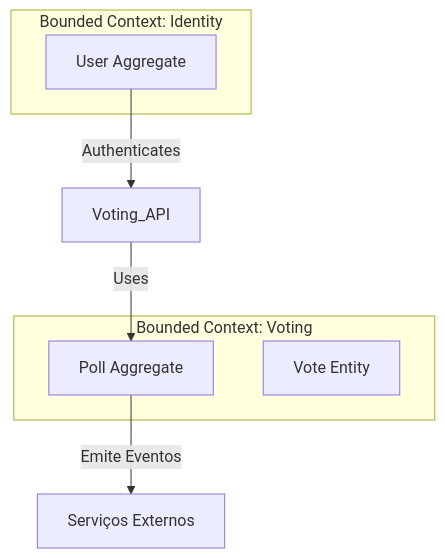
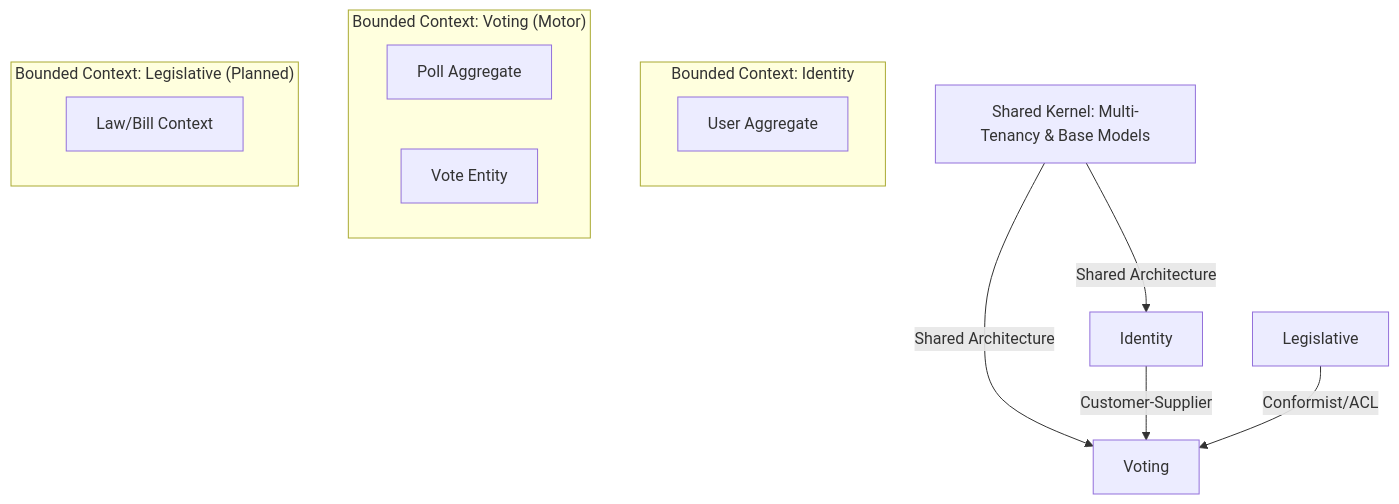
The diagram in DOMAIN.md (luanscar/ddd-clean-arch), drawn with Mermaid before and after one commit. The commit also changed other lines of this file and 28 other files, not shown here.

Commit message:
feat: implement multi-tenancy support across identity and voting domains with TenantId and ITenantProvider.

````diff
--- a/DOMAIN.md
+++ b/DOMAIN.md
@@ -9,16 +20,23 @@
 ```mermaid
 graph TD
+    SK[Shared Kernel: Multi-Tenancy & Base Models]
+    
     subgraph "Bounded Context: Identity"
         User[User Aggregate]
     end
 
-    subgraph "Bounded Context: Voting"
+    subgraph "Bounded Context: Voting (Motor)"
         Poll[Poll Aggregate]
         Vote[Vote Entity]
     end
 
-    User -- "Authenticates" --> Voting_API
-    Voting_API -- "Uses" --> Poll
+    subgraph "Bounded Context: Legislative (Planned)"
+        Law[Law/Bill Context]
+    end
+
+    SK -- "Shared Architecture" --> Identity
+    SK -- "Shared Architecture" --> Voting
     
-    Poll -- "Emite Eventos" --> Notification_Service[Serviços Externos]
+    Identity -- "Customer-Supplier" --> Voting
+    Legislative -- "Conformist/ACL" --> Voting
 ```
````
